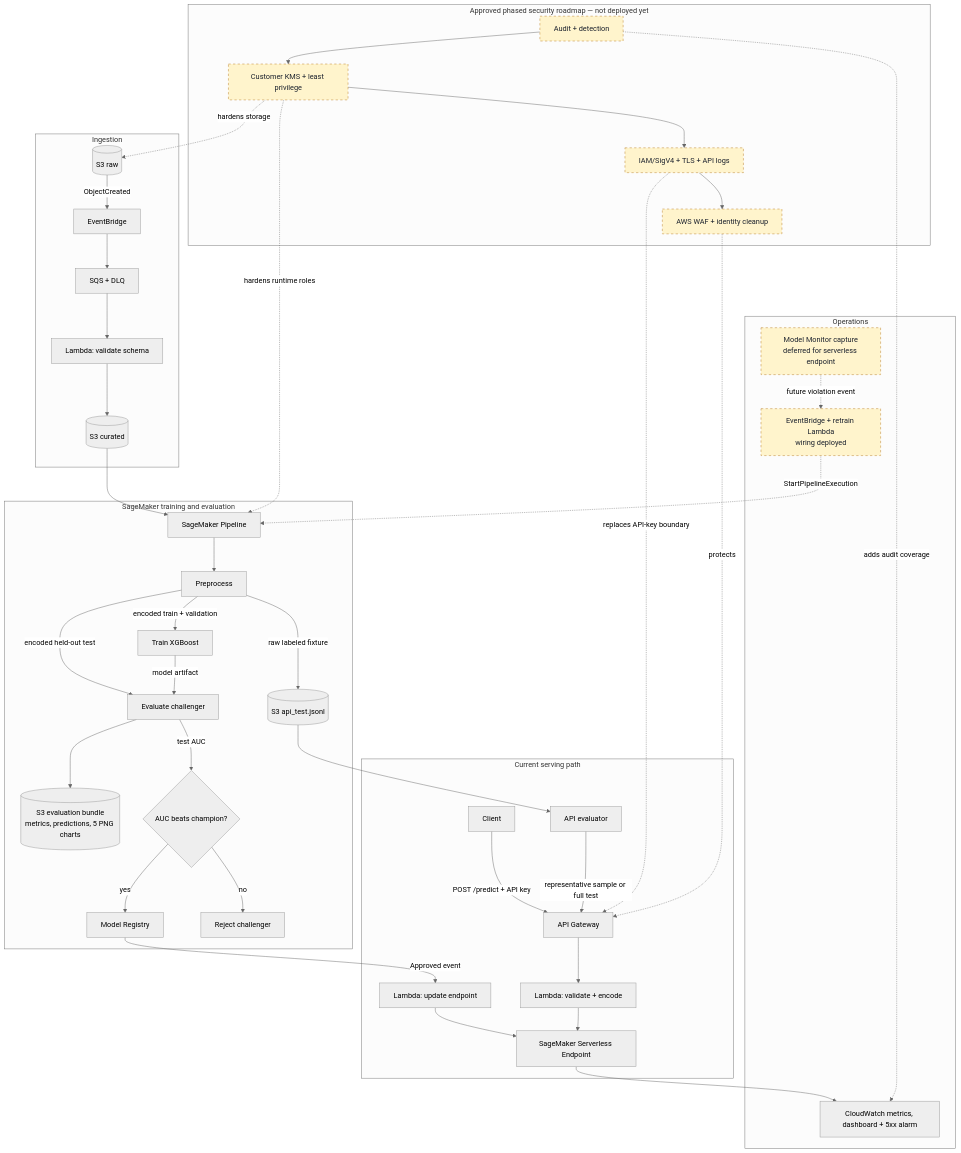
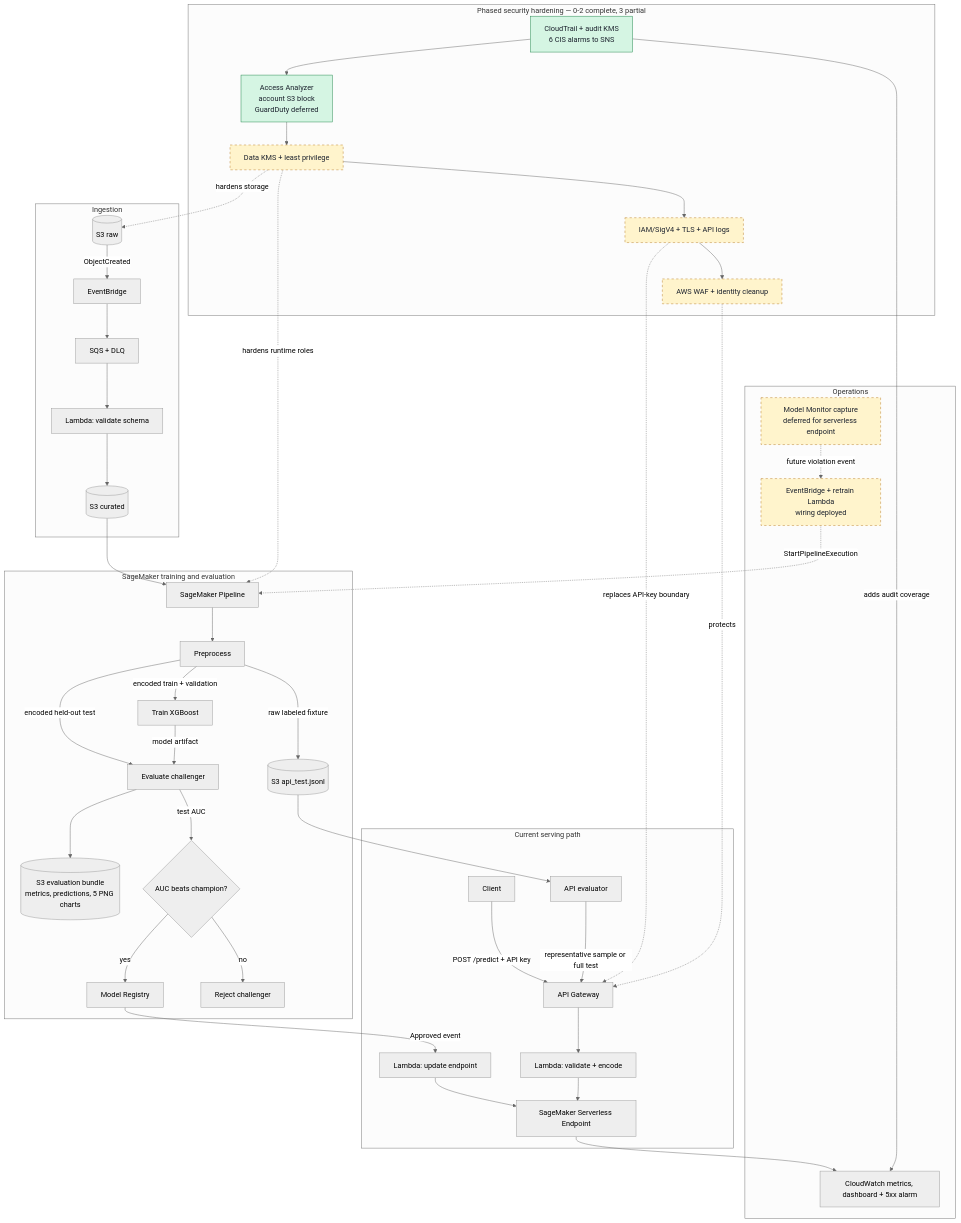
Before and after one commit to emanuelGitCodes/aws-mlops-platform: the diagram in README.md, drawn with Mermaid (neutral theme). The commit also changed other lines of this file and 8 other files, not shown here.

````diff
--- a/README.md
+++ b/README.md
@@ -9,54 +9,57 @@
 ```mermaid
 flowchart TB
     subgraph Ingest["Ingestion"]
         RAW[(S3 raw)] -->|ObjectCreated| EB1[EventBridge]
         EB1 --> Q[SQS + DLQ]
         Q --> LV[Lambda: validate schema]
         LV --> CUR[(S3 curated)]
     end
 
     subgraph Train["SageMaker training and evaluation"]
         CUR --> PIPE[SageMaker Pipeline]
         PIPE --> PRE[Preprocess]
         PRE -->|encoded train + validation| TR[Train XGBoost]
         PRE -->|encoded held-out test| EV[Evaluate challenger]
         TR -->|model artifact| EV
         PRE -->|raw labeled fixture| FIX[(S3 api_test.jsonl)]
         EV --> REPORTS[(S3 evaluation bundle<br/>metrics, predictions, 5 PNG charts)]
         EV -->|test AUC| GATE{AUC beats champion?}
         GATE -->|yes| REG[Model Registry]
         GATE -->|no| STOP[Reject challenger]
     end
 
     subgraph Serve["Current serving path"]
         REG -->|Approved event| DEP[Lambda: update endpoint]
         DEP --> EP[SageMaker Serverless Endpoint]
         CLIENT[Client] -->|POST /predict + API key| APIGW[API Gateway]
         APIGW --> LI[Lambda: validate + encode]
         LI --> EP
         FIX --> CHECK[API evaluator]
         CHECK -->|representative sample or full test| APIGW
     end
 
     subgraph Ops["Operations"]
         EP --> CW[CloudWatch metrics, dashboard + 5xx alarm]
         MM[Model Monitor capture<br/>deferred for serverless endpoint]
         MM -. future violation event .-> RETRAIN[EventBridge + retrain Lambda<br/>wiring deployed]
         RETRAIN -. StartPipelineExecution .-> PIPE
     end
 
-    subgraph Security["Approved phased security roadmap — not deployed yet"]
-        S1[Audit + detection] --> S2[Customer KMS + least privilege]
+    subgraph Security["Phased security hardening — 0-2 complete, 3 partial"]
+        S1[CloudTrail + audit KMS<br/>6 CIS alarms to SNS] --> S1B[Access Analyzer<br/>account S3 block<br/>GuardDuty deferred]
+        S1B --> S2[Data KMS + least privilege]
         S2 --> S3[IAM/SigV4 + TLS + API logs]
         S3 --> S4[AWS WAF + identity cleanup]
     end
 
-    S1 -. adds audit coverage .-> CW
+    S1 -->|adds audit coverage| CW
     S2 -. hardens storage .-> RAW
     S2 -. hardens runtime roles .-> PIPE
     S3 -. replaces API-key boundary .-> APIGW
     S4 -. protects .-> APIGW
 
     classDef planned fill:#fff4cc,stroke:#b7791f,stroke-dasharray:5 5,color:#1a202c
-    class MM,RETRAIN,S1,S2,S3,S4 planned
+    classDef done fill:#d5f5e3,stroke:#1e8449,color:#1a202c
+    class MM,RETRAIN,S2,S3,S4 planned
+    class S1,S1B done
 ```
````
